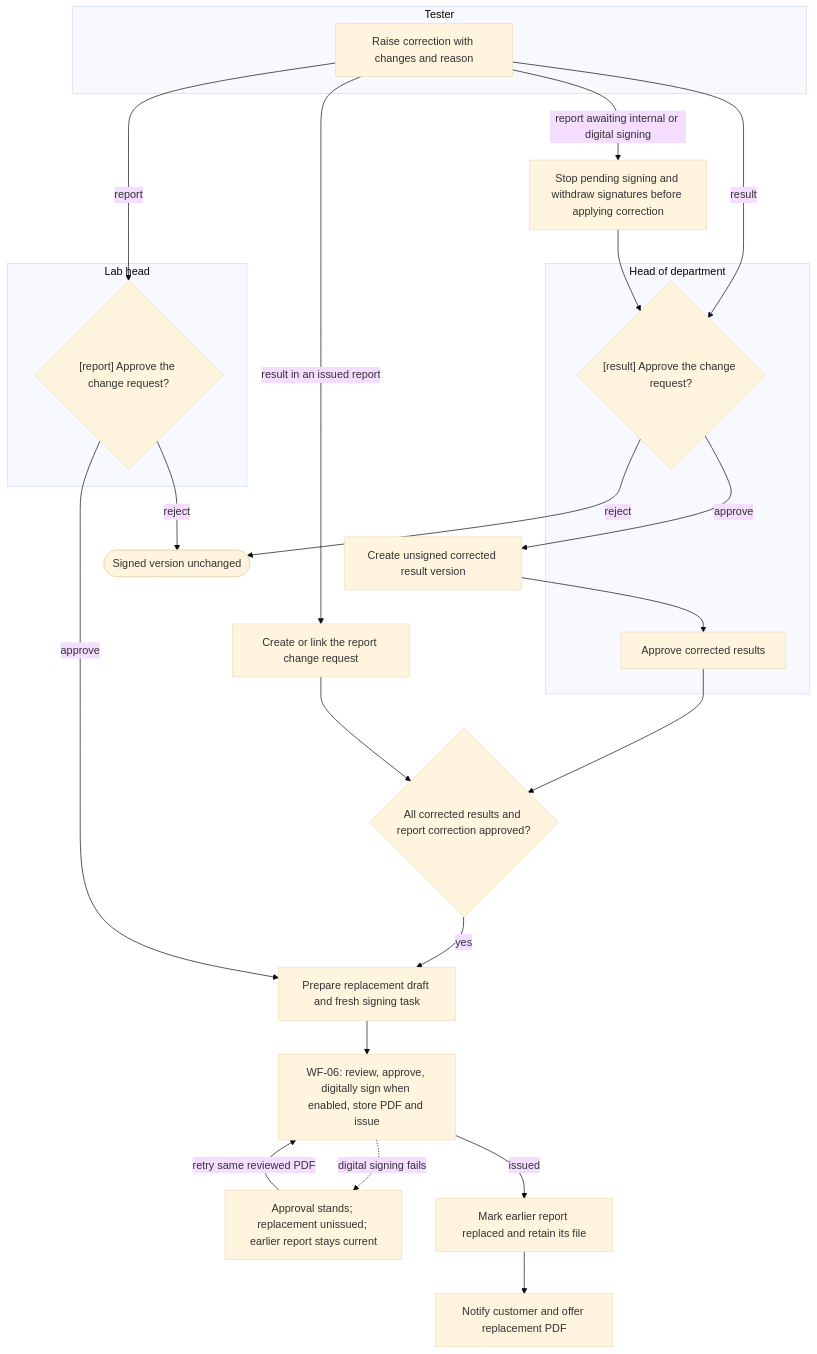
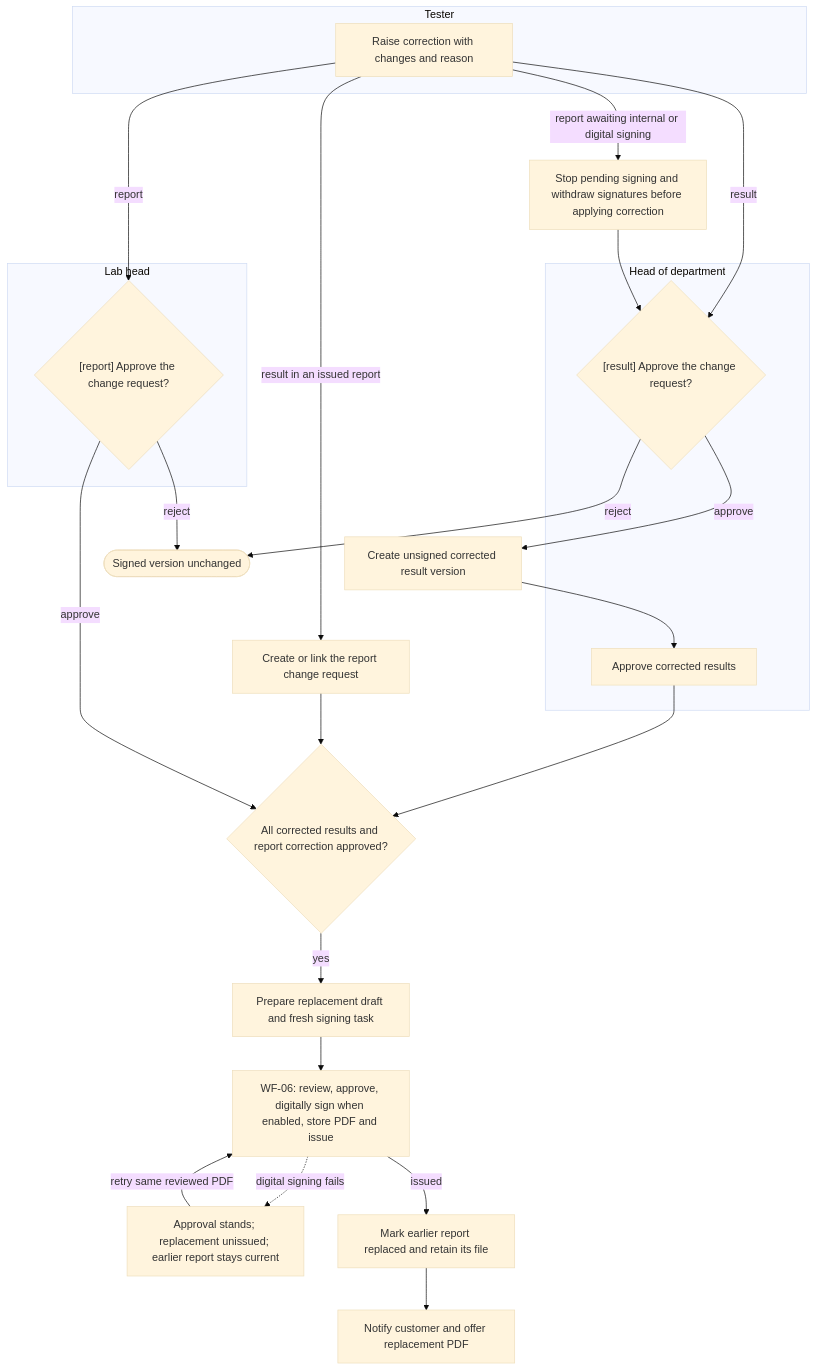
The ninth of 17 diagrams in docs/functional/business-flows.md (SoltuneMontepre/medilab), drawn with Mermaid (base theme) before and after one commit. The commit also changed other lines of this file and 10 other files, not shown here.

````diff
--- a/docs/functional/business-flows.md
+++ b/docs/functional/business-flows.md
@@ -450,30 +450,30 @@
 ```mermaid
 flowchart TD
     subgraph lane24 ["Tester"]
         r1[Raise correction with changes and reason]
     end
     subgraph lane25 ["Head of department"]
         sr{"[result] Approve the change request?"}
         s2[Approve corrected results]
     end
     subgraph lane73 ["Lab head"]
         sp{"[report] Approve the change request?"}
     end
     r1 -->|result| sr
     r1 -->|report| sp
     r1 -->|result in an issued report| link[Create or link the report change request]
     r1 -->|report awaiting internal or digital signing| stop[Stop pending signing and withdraw signatures before applying correction]
     sr -->|reject| kept([Signed version unchanged])
     sp -->|reject| kept
     sr -->|approve| result[Create unsigned corrected result version] --> s2
     stop --> sr
     s2 --> ready{All corrected results and report correction approved?}
     link --> ready
     ready -->|yes| draft[Prepare replacement draft and fresh signing task]
-    sp -->|approve| draft
+    sp -->|approve| ready
     draft --> release[WF-06: review, approve, digitally sign when enabled, store PDF and issue]
     release -.->|digital signing fails| pending[Approval stands; replacement unissued; earlier report stays current]
     pending -->|retry same reviewed PDF| release
     release -->|issued| issued[Mark earlier report replaced and retain its file]
     issued --> notice[Notify customer and offer replacement PDF]
 ```
````
